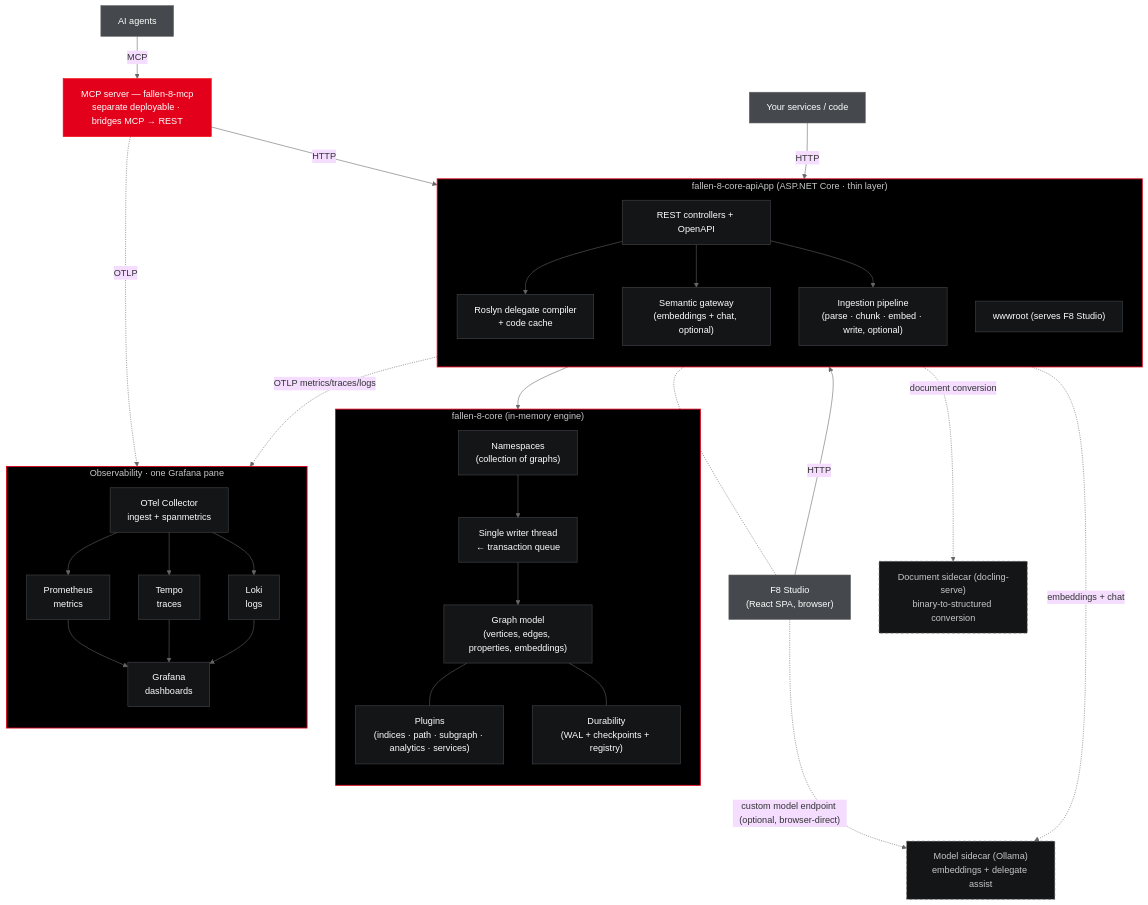
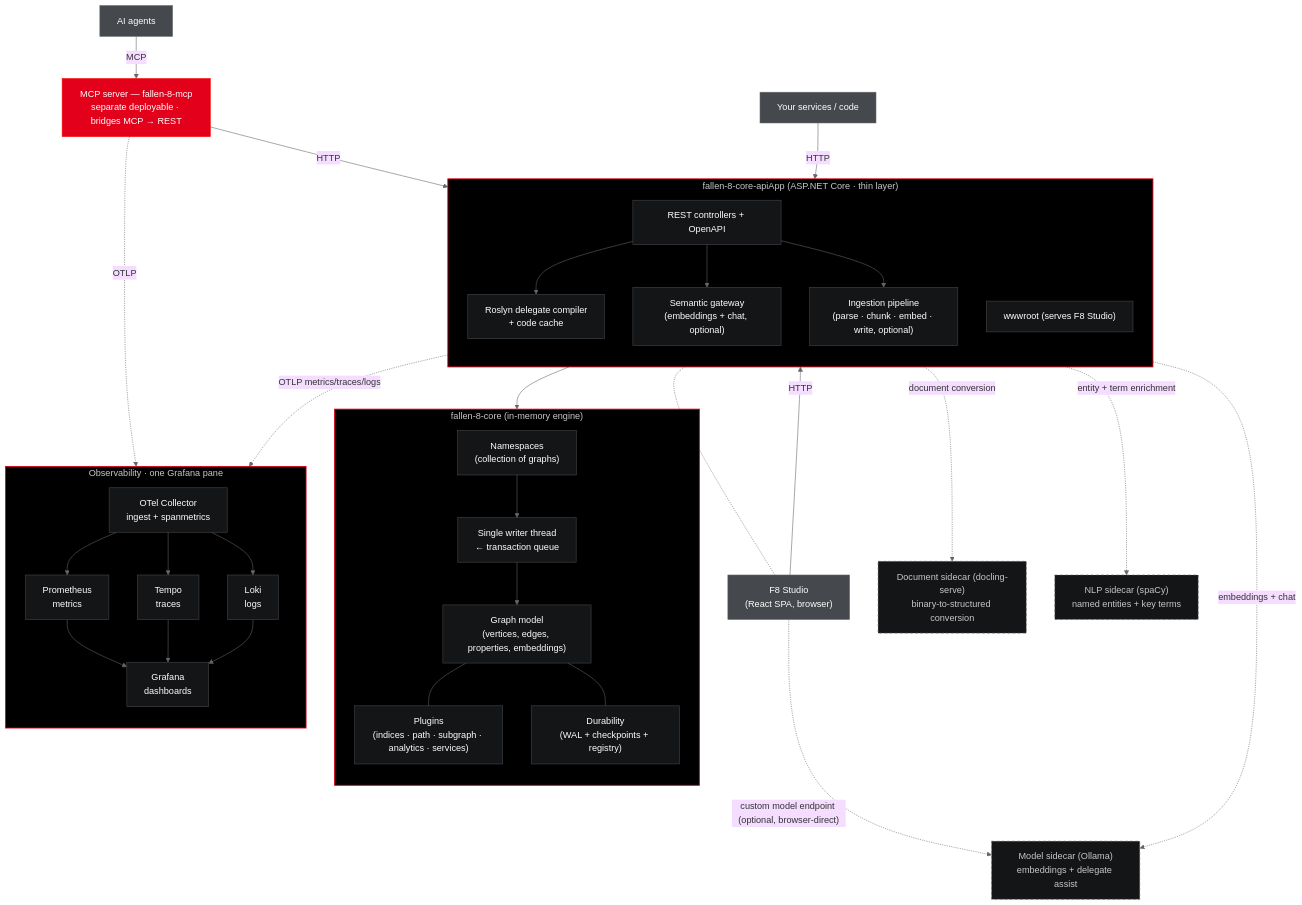
The diagram in docs/src/content/docs/architecture.md (cosh/fallen-8-core), drawn with Mermaid before and after one commit. The commit also changed other lines of this file and 9 other files, not shown here.

````diff
--- a/docs/src/content/docs/architecture.md
+++ b/docs/src/content/docs/architecture.md
@@ -12,69 +12,71 @@
 ```mermaid
 %%{init: {'theme':'base','themeVariables':{'fontFamily':'ui-monospace, SFMono-Regular, Menlo, Consolas, monospace','lineColor':'#666666'}}}%%
 flowchart TB
     agents["AI agents"]:::client
     studio["F8 Studio<br/>(React SPA, browser)"]:::client
     svc["Your services / code"]:::client
 
     mcp["MCP server — fallen-8-mcp<br/>separate deployable · bridges MCP → REST"]:::mcp
 
     subgraph app["fallen-8-core-apiApp (ASP.NET Core · thin layer)"]
         direction TB
         rest["REST controllers + OpenAPI"]:::sys
         roslyn["Roslyn delegate compiler<br/>+ code cache"]:::sys
         semantic["Semantic gateway<br/>(embeddings + chat, optional)"]:::sys
         ingestion["Ingestion pipeline<br/>(parse · chunk · embed · write, optional)"]:::sys
         wwwroot["wwwroot (serves F8 Studio)"]:::sys
     end
     subgraph engine["fallen-8-core (in-memory engine)"]
         direction TB
         ns["Namespaces<br/>(collection of graphs)"]:::sys
         writer["Single writer thread<br/>← transaction queue"]:::sys
         model["Graph model<br/>(vertices, edges, properties, embeddings)"]:::sys
         plugins["Plugins<br/>(indices · path · subgraph · analytics · services)"]:::sys
         durab["Durability<br/>(WAL + checkpoints + registry)"]:::sys
     end
     sidecar["Model sidecar (Ollama)<br/>embeddings + delegate assist"]:::ext
     docling["Document sidecar (docling-serve)<br/>binary-to-structured conversion"]:::ext
+    nlp["NLP sidecar (spaCy)<br/>named entities + key terms"]:::ext
 
     subgraph obs["Observability · one Grafana pane"]
         direction TB
         collector["OTel Collector<br/>ingest + spanmetrics"]:::sys
         promstore["Prometheus<br/>metrics"]:::sys
         tempo["Tempo<br/>traces"]:::sys
         loki["Loki<br/>logs"]:::sys
         grafana["Grafana<br/>dashboards"]:::sys
         collector --> promstore
         collector --> tempo
         collector --> loki
         promstore --> grafana
         tempo --> grafana
         loki --> grafana
     end
 
     agents -->|MCP| mcp
     mcp -->|HTTP| rest
     studio -->|HTTP| rest
     svc -->|HTTP| rest
     studio -.->|"custom model endpoint (optional, browser-direct)"| sidecar
     wwwroot -.- studio
     rest --> ns
     rest --> roslyn
     rest --> semantic
     rest --> ingestion
     semantic -.->|embeddings + chat| sidecar
     ingestion -.->|document conversion| docling
+    ingestion -.->|entity + term enrichment| nlp
     rest -.->|OTLP metrics/traces/logs| collector
     mcp -.->|OTLP| collector
     ns --> writer --> model
     model --- plugins
     model --- durab
 
     classDef client fill:#45494D,stroke:#666666,color:#FEFEFE
     classDef mcp fill:#E2001A,stroke:#FC0606,color:#FEFEFE
     classDef sys fill:#141516,stroke:#45494D,color:#FEFEFE
     classDef ext fill:#141516,stroke:#666666,color:#C6C7C8,stroke-dasharray:5 4
     style app fill:#000000,stroke:#E2001A,stroke-width:1.5px,color:#C6C7C8
     style engine fill:#000000,stroke:#E2001A,stroke-width:1.5px,color:#C6C7C8
     style obs fill:#000000,stroke:#E2001A,stroke-width:1.5px,color:#C6C7C8
 ```
````
